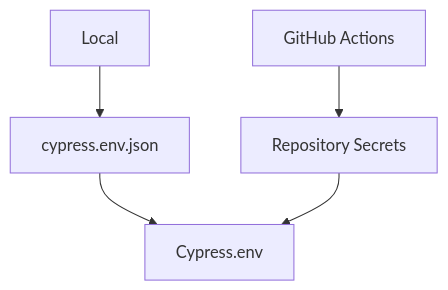
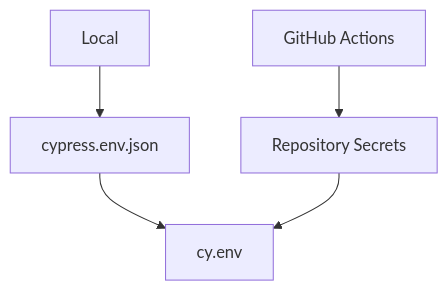
Before and after one commit to MichaelR21z/shady-meadows-bnb-automation: the third of 6 diagrams in README.md, drawn with Mermaid. The commit also changed other lines of this file and 3 other files, not shown here.

Commit message:
refactor: migrate Cypress environment variables to cy.env

````diff
--- a/README.md
+++ b/README.md
@@ -308,8 +311,8 @@
 ```mermaid
 flowchart TD
     A[Local] --> B[cypress.env.json]
-    B --> D[Cypress.env]
+    B --> D[cy.env]
 
     E[GitHub Actions] --> F[Repository Secrets]
     F --> D
 ```
````
